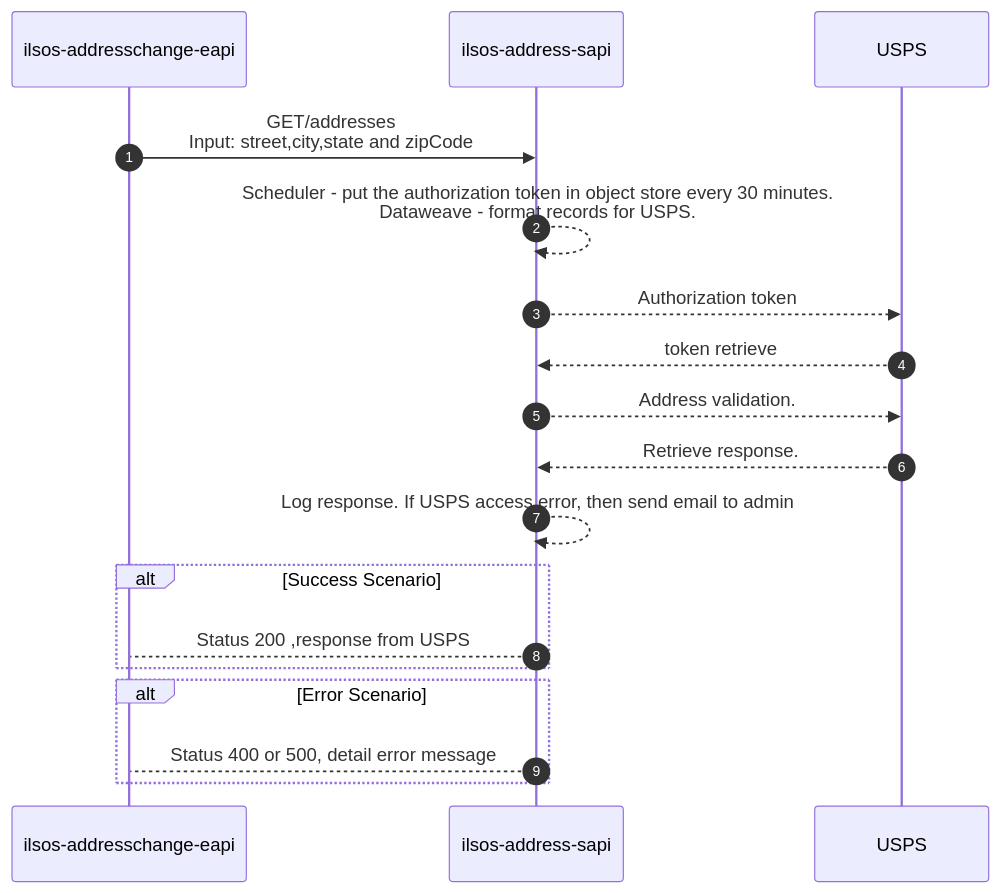
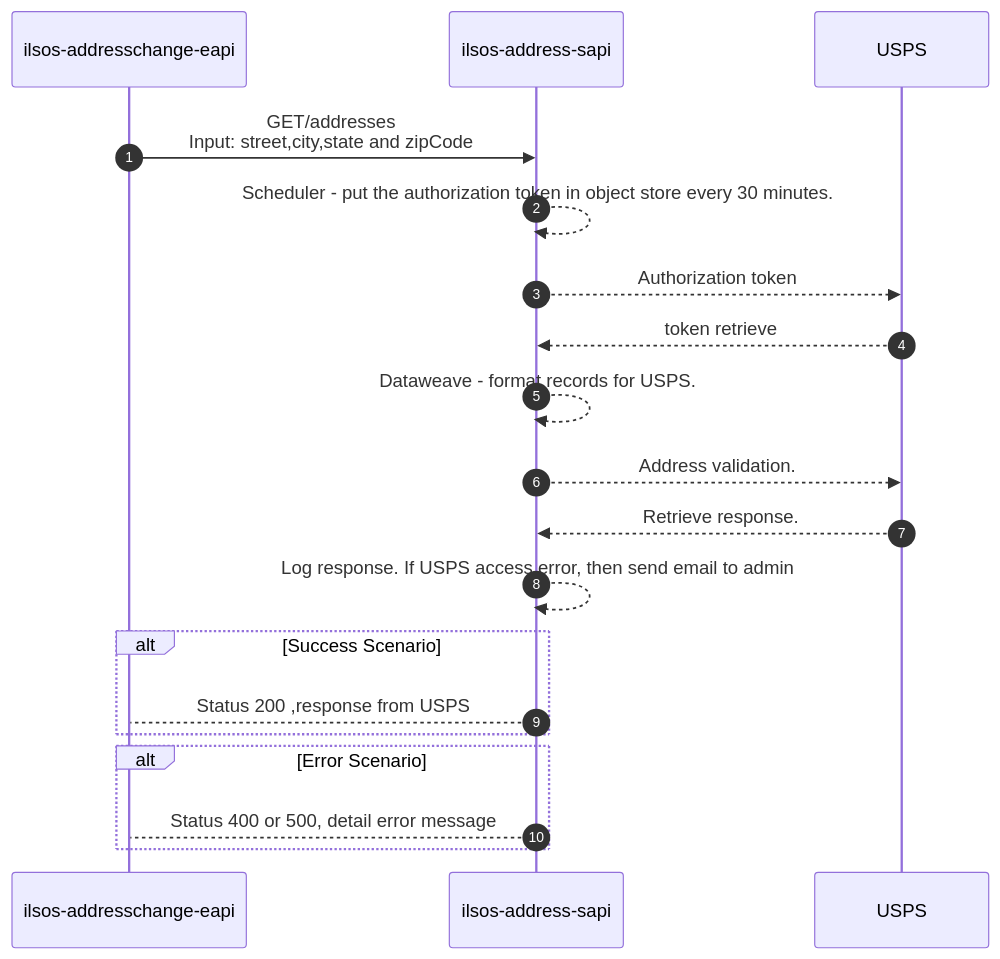
One commit to acme-devs/ilsos-address-sapi changed the diagram in README.md. Above: the diagram before and after it, drawn with Mermaid.

````diff
--- a/README.md
+++ b/README.md
@@ -27,21 +27,22 @@
 ```mermaid
 sequenceDiagram
     autonumber
     participant eapi as ilsos-addresschange-eapi
     participant api as ilsos-address-sapi
     participant usps as USPS
 
     eapi->>api:GET/addresses <br>Input: street,city,state and zipCode
-    api-->>api:Scheduler - put the authorization token in object store every 30 minutes.<br>Dataweave -         format records for USPS.
+    api-->>api:Scheduler - put the authorization token in object store every 30 minutes.
     api-->>usps:Authorization token
     usps-->>api:token retrieve
+    api-->>api:Dataweave - format records for USPS.
     api-->>usps:Address validation.
     usps-->>api:Retrieve response.
     api-->>api:Log response. If USPS access error, then send email to admin
     alt Success Scenario 
         api-->eapi: Status 200 ,response from USPS
     end
     alt Error Scenario 
         api-->eapi: Status 400 or 500, detail error message
     end
   ```
````
